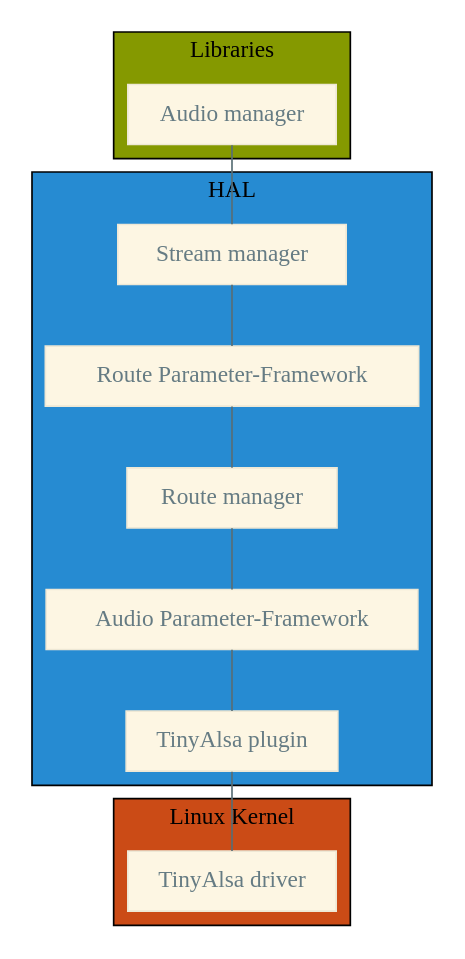
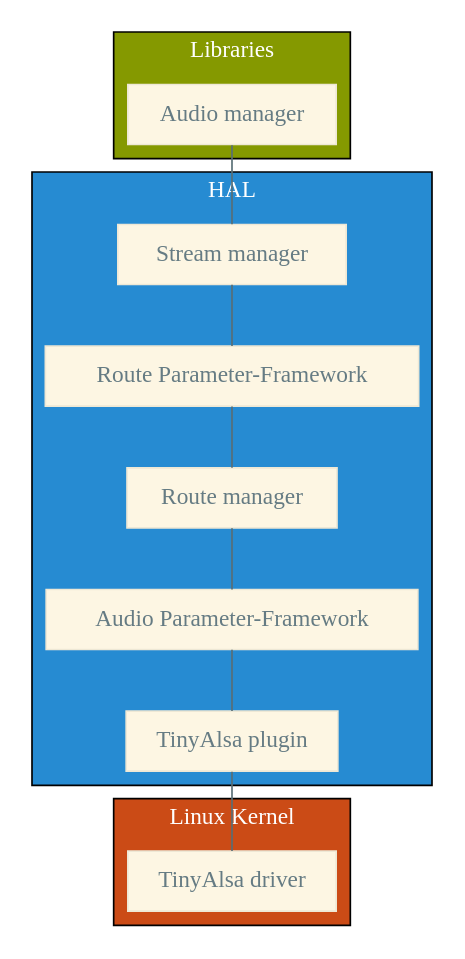
The diagram in report/src/img/hal-architecture/hal-archi.dot (Makohoek/internship-report), drawn with Graphviz before and after one commit.

Commit message:
white letters hal archi diag

```diff
--- a/report/src/img/hal-architecture/hal-archi.dot
+++ b/report/src/img/hal-architecture/hal-archi.dot
@@ -1,81 +1,84 @@
 /**
  * Hal Architecture diagram with solarized light colorscheme
  * Example found on http://fsteeg.com/2006/11/17/uml-class-diagrams-with-graphviz/
  *
  * Colors added by Mattijs Korpershoek
  * <mattijs.korpershoek@gmail.com>
  */
 
 /*
  * Solarized colorscheme:
  * $base03:    #002b36;
  * $base02:    #073642;
  * $base01:    #586e75;
  * $base00:    #657b83;
  * $base0:     #839496;
  * $base1:     #93a1a1;
  * $base2:     #eee8d5;
  * $base3:     #fdf6e3;
  * $yellow:    #b58900;
  * $orange:    #cb4b16;
  * $red:       #dc322f;
  * $magenta:   #d33682;
  * $violet:    #6c71c4;
  * $blue:      #268bd2;
  * $cyan:      #2aa198;
  * $green:     #859900;
  * */
 graph hierarchy
 {
     size="15,15";
     node[shape=record,style=filled,fillcolor="#fdf6e3", fontcolor="#657b83", color="#eee8d5"];
     edge[arrowhead=none, arrowtail=none, color="#586e75"];
 
     subgraph clusterLibraries{
         label="Libraries";
         AudioMgr [label="Audio manager"];
         bgcolor="#859900";
+        fontcolor="#ffffff";
     }
 
     subgraph clusterHal{
         label="HAL";
         edge[arrowhead=none, arrowtail=none, color="#586e75"];
         streamMgr [label="Stream manager"];
         RoutePfw [label="Route Parameter-Framework"];
         RouteMgr [label="Route manager"];
         AudioPfw [label="Audio Parameter-Framework"];
         TinyPlugin [label="TinyAlsa plugin"];
         bgcolor="#268bd2";
+        fontcolor="#ffffff";
     }
 
     subgraph clusterDrivers{
         label="Linux Kernel";
         TinyAlsa [label="TinyAlsa driver"];
         bgcolor="#cb4b16";
+        fontcolor="#ffffff";
     }
 
     AudioMgr -- streamMgr;
     streamMgr -- RoutePfw;
     RoutePfw -- RouteMgr;
     RouteMgr -- AudioPfw;
     AudioPfw -- TinyPlugin;
     TinyPlugin -- TinyAlsa;
 }
 
 /*
    graph G {
    e
    subgraph clusterA {
    a -- b;
    subgraph clusterC {
    C -- D;
    }
    }
    subgraph clusterB {
    d -- f
    }
    d -- D
    e -- clusterB
    clusterC -- clusterB
    }
  */
```
